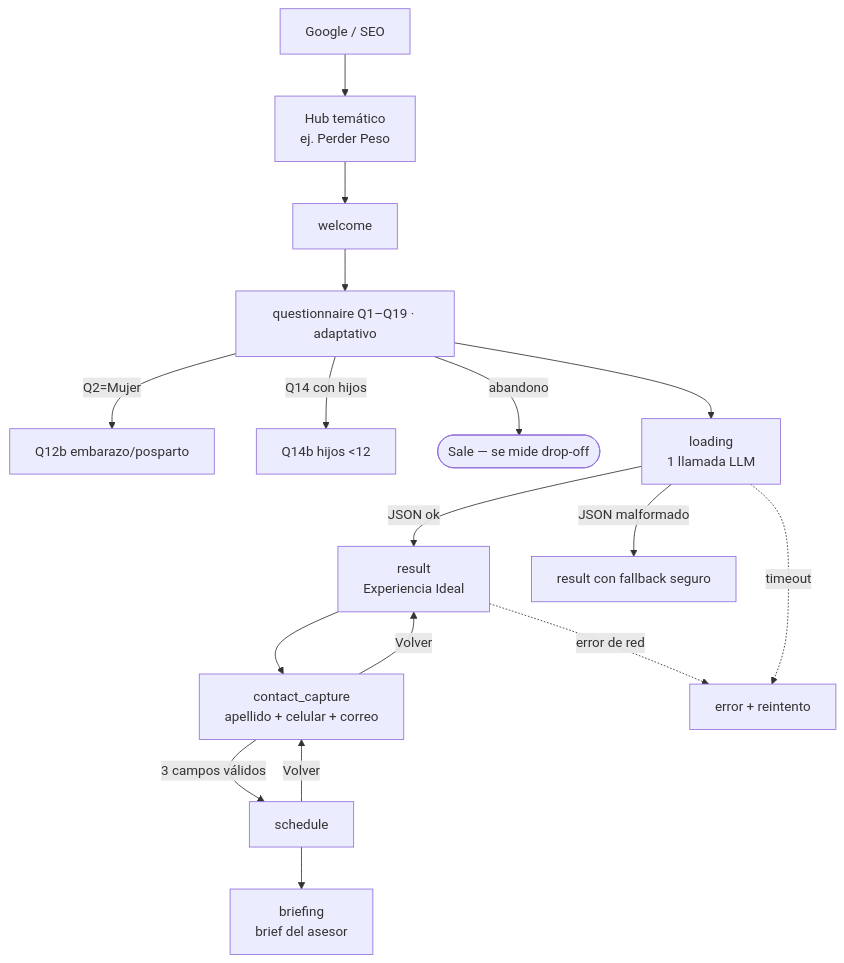
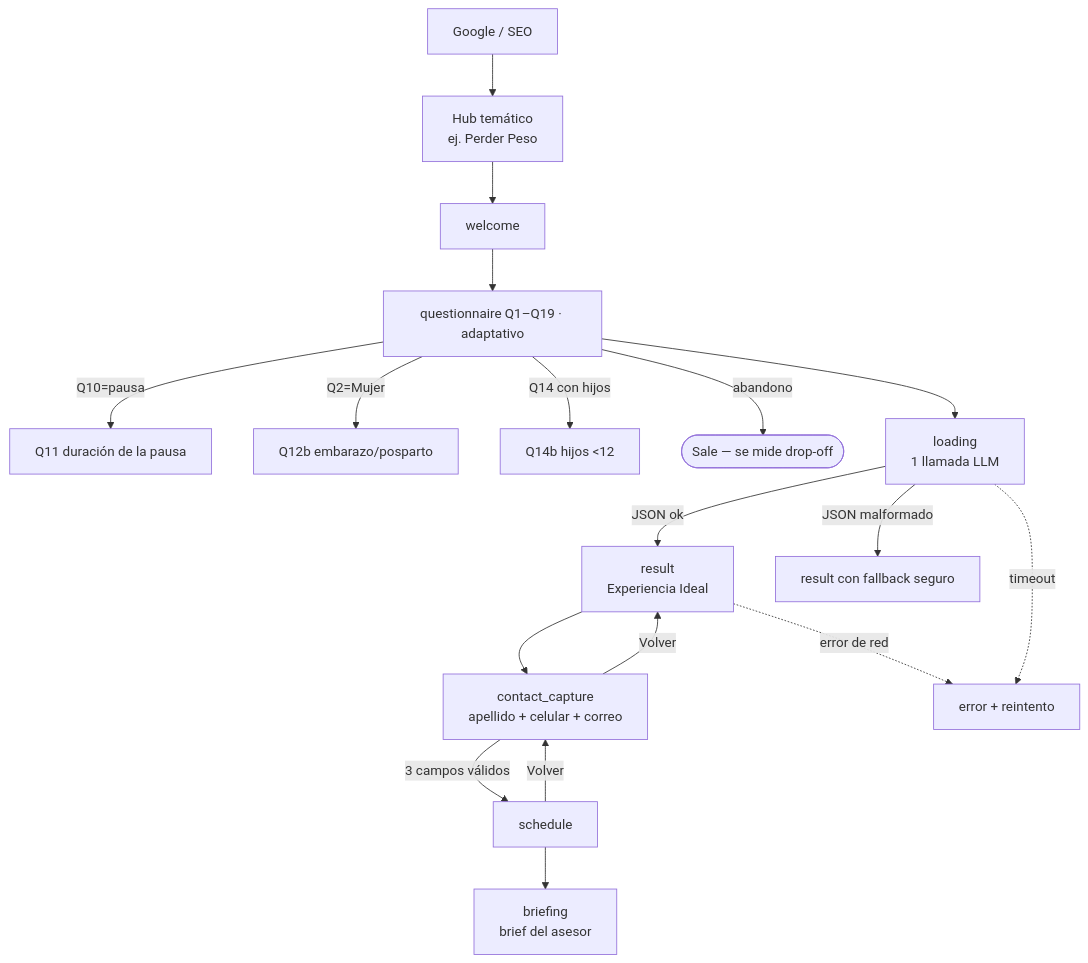
Before and after one commit to EricToled564/SW-Business-Development-System: the second of 2 diagrams in resultados/ux-spec-experiencia-ideal.md, drawn with Mermaid. The commit also changed other lines of this file and 1 other file, not shown here.

Commit message:
Phase 3 minors: soften Q12 pregnancy helper; gate questionnaire client-persist on privacy consent; add Q11 branch to flow mermaid; cover Q2='Prefiero no mencionarlo' (masculine default) in DESIGN AI rules

````diff
--- a/resultados/ux-spec-experiencia-ideal.md
+++ b/resultados/ux-spec-experiencia-ideal.md
@@ -92,19 +92,20 @@
 ```mermaid
 flowchart TD
   G[Google / SEO] --> H[Hub temático<br/>ej. Perder Peso]
   H --> W[welcome]
   W --> Q[questionnaire Q1–Q19 · adaptativo]
+  Q -->|Q10=pausa| Q11n[Q11 duración de la pausa]
   Q -->|Q2=Mujer| Q12b[Q12b embarazo/posparto]
   Q -->|Q14 con hijos| Q14b[Q14b hijos &lt;12]
   Q -->|abandono| EXIT([Sale — se mide drop-off])
   Q --> L[loading<br/>1 llamada LLM]
   L -->|JSON ok| R[result<br/>Experiencia Ideal]
   L -->|JSON malformado| RF[result con fallback seguro]
   R --> CC[contact_capture<br/>apellido + celular + correo]
   CC -->|Volver| R
   CC -->|3 campos válidos| S[schedule]
   S -->|Volver| CC
   S --> B[briefing<br/>brief del asesor]
   R -.error de red.-> ERR[error + reintento]
   L -.timeout.-> ERR
 ```
````
